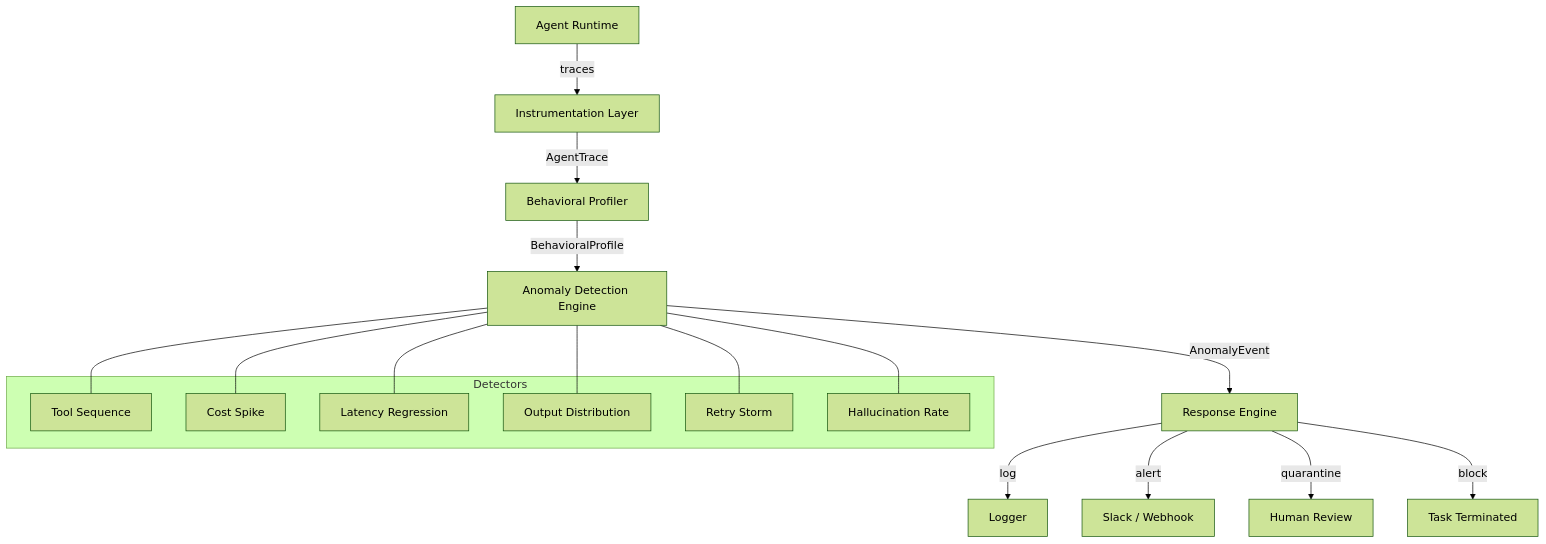
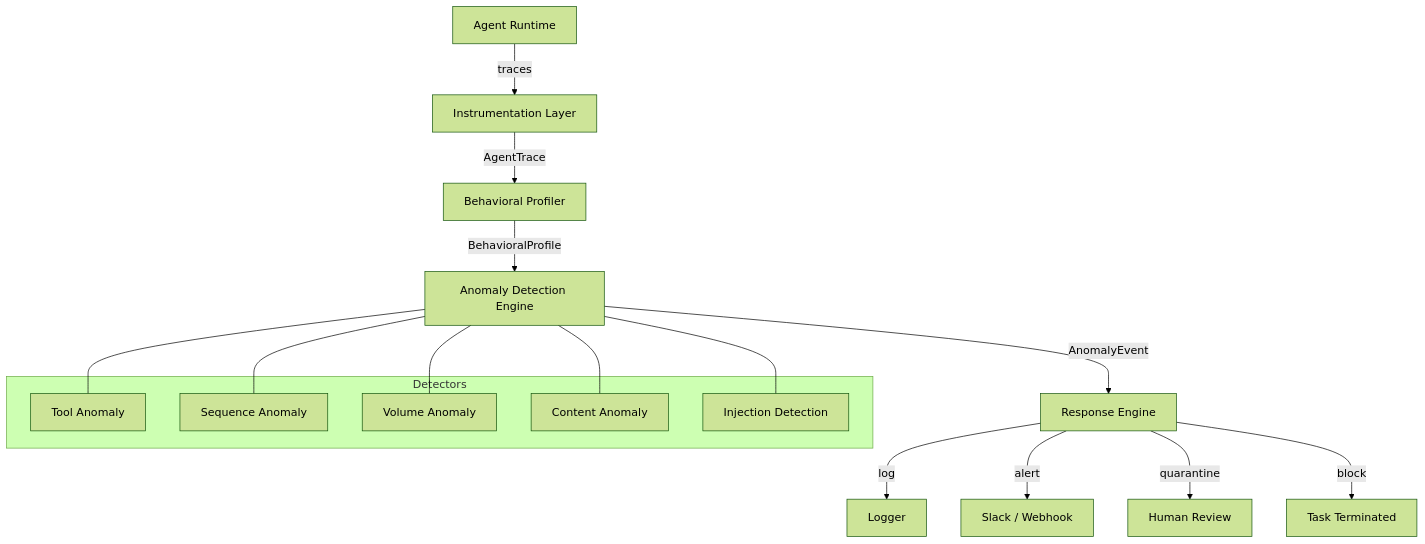
One commit to sushaan-k/agentomaly changed the diagram in README.md. Above: the diagram before and after it, drawn with Mermaid (forest theme). The commit also changed other lines of this file and 12 other files, not shown here.

````diff
--- a/README.md
+++ b/README.md
@@ -104,23 +107,22 @@
 ```mermaid
 graph TD
     A[Agent Runtime] -->|traces| B[Instrumentation Layer]
     B -->|AgentTrace| C[Behavioral Profiler]
     C -->|BehavioralProfile| D[Anomaly Detection Engine]
     D -->|AnomalyEvent| E[Response Engine]
 
     E -->|log| F[Logger]
     E -->|alert| G[Slack / Webhook]
     E -->|quarantine| H[Human Review]
     E -->|block| I[Task Terminated]
 
     subgraph Detectors
-        D1[Tool Sequence]
-        D2[Cost Spike]
-        D3[Latency Regression]
-        D4[Output Distribution]
-        D5[Retry Storm]
-        D6[Hallucination Rate]
+        D1[Tool Anomaly]
+        D2[Sequence Anomaly]
+        D3[Volume Anomaly]
+        D4[Content Anomaly]
+        D5[Injection Detection]
     end
 
-    D --- D1 & D2 & D3 & D4 & D5 & D6
+    D --- D1 & D2 & D3 & D4 & D5
 ```
````
